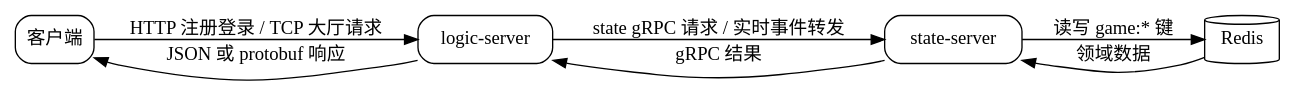
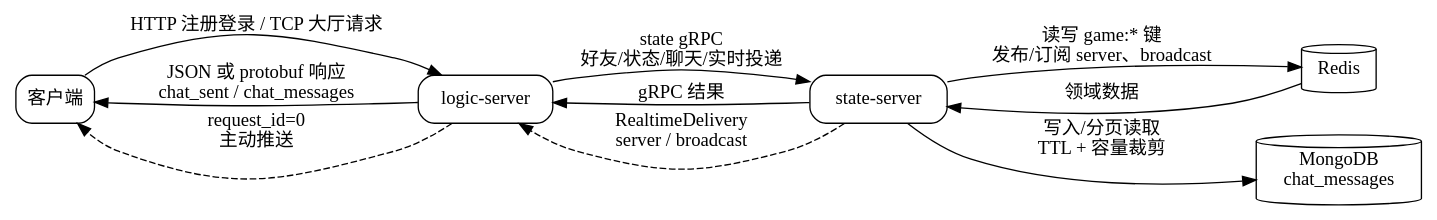
The diagram in docs/diagrams/out-of-battle-flow.dot (zzzhr666/server), drawn with Graphviz before and after one commit. The commit also changed 7 other files, not shown here.

Commit message:
[docs] update architecture and chat documentation

```diff
--- a/docs/diagrams/out-of-battle-flow.dot
+++ b/docs/diagrams/out-of-battle-flow.dot
@@ -1,14 +1,18 @@
 digraph out_of_battle_flow {
     rankdir=LR;
     node [shape=box, style=rounded];
     client [label="客户端"];
     logic [label="logic-server"];
     state [label="state-server"];
     redis [label="Redis", shape=cylinder];
+    mongo [label="MongoDB\nchat_messages", shape=cylinder];
     client -> logic [label="HTTP 注册登录 / TCP 大厅请求"];
-    logic -> state [label="state gRPC 请求 / 实时事件转发"];
-    state -> redis [label="读写 game:* 键"];
+    logic -> state [label="state gRPC\n好友/状态/聊天/实时投递"];
+    state -> redis [label="读写 game:* 键\n发布/订阅 server、broadcast"];
+    state -> mongo [label="写入/分页读取\nTTL + 容量裁剪"];
     redis -> state [label="领域数据"];
     state -> logic [label="gRPC 结果"];
-    logic -> client [label="JSON 或 protobuf 响应"];
+    logic -> client [label="JSON 或 protobuf 响应\nchat_sent / chat_messages"];
+    state -> logic [label="RealtimeDelivery\nserver / broadcast", style=dashed];
+    logic -> client [label="request_id=0\n主动推送", style=dashed];
 }
```
